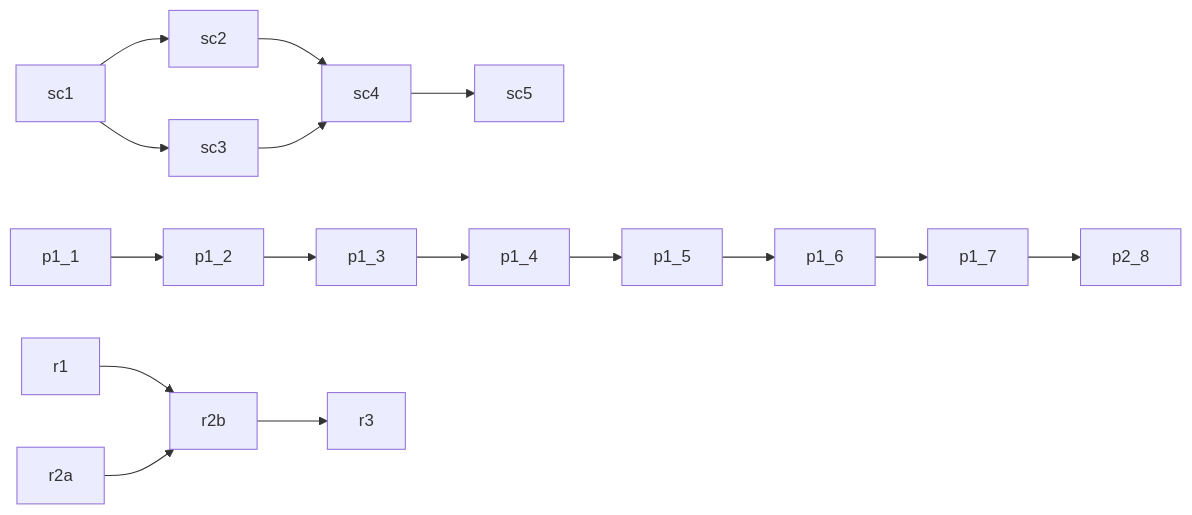
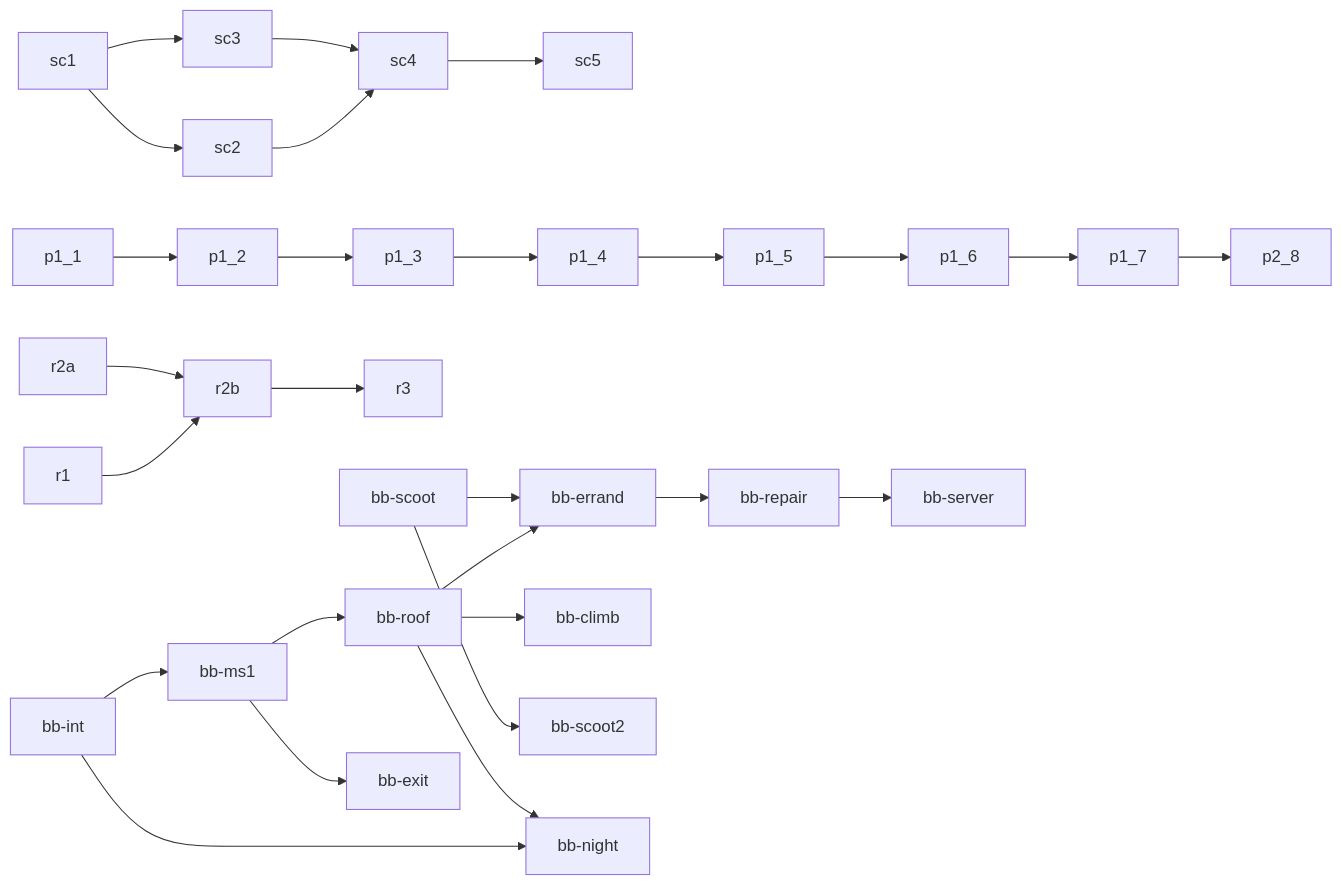
Before and after one commit to Cal-Starfur/Tipsy: the diagram in build_queue.md, drawn with Mermaid. The commit also changed other lines of this file and 1 other file, not shown here.

First line of the commit message:
Queue: the rest of the Brew & Bolt work (built pieces for testing; errand, repair, server, exit, polish, night pending)

````diff
--- a/build_queue.md
+++ b/build_queue.md
@@ -7,18 +7,29 @@
 ```mermaid
 graph LR
   sc1 --> sc2
   sc1 --> sc3
   sc2 --> sc4
   sc3 --> sc4
   sc4 --> sc5
   p1_1 --> p1_2
   p1_2 --> p1_3
   p1_3 --> p1_4
   p1_4 --> p1_5
   p1_5 --> p1_6
   p1_6 --> p1_7
   p1_7 --> p2_8
   r1 --> r2b
   r2a --> r2b
   r2b --> r3
+  bb-int --> bb-ms1
+  bb-ms1 --> bb-roof
+  bb-roof --> bb-errand
+  bb-scoot --> bb-errand
+  bb-errand --> bb-repair
+  bb-repair --> bb-server
+  bb-ms1 --> bb-exit
+  bb-roof --> bb-climb
+  bb-scoot --> bb-scoot2
+  bb-int --> bb-night
+  bb-roof --> bb-night
 ```
````
